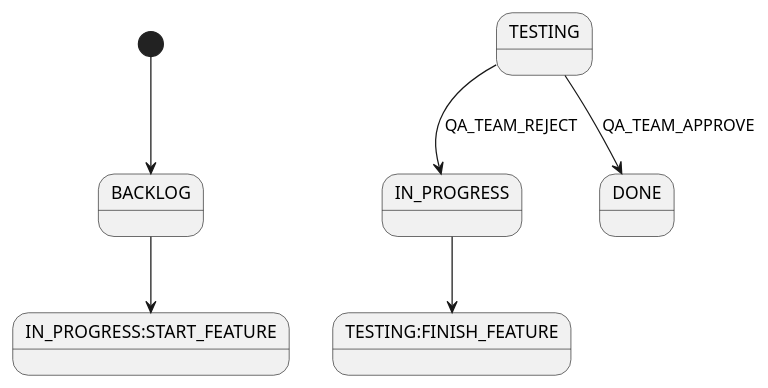
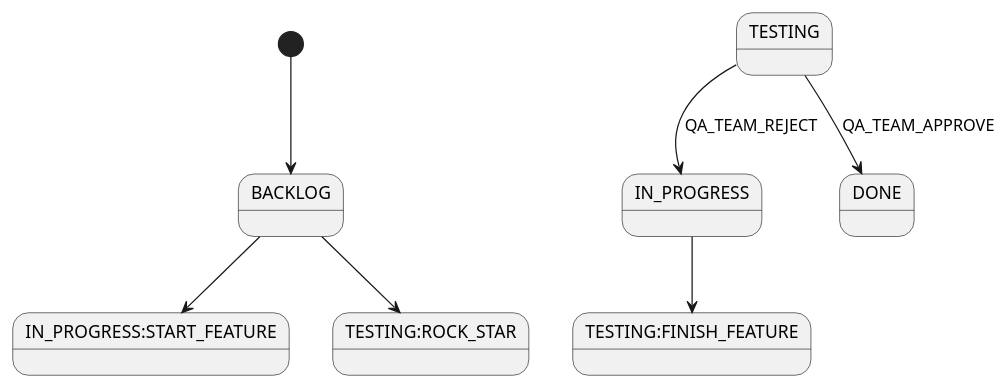
Before and after one commit to arlengur/StateMashine: the diagram in src/uml/graph.puml, drawn with PlantUML. The commit also changed 3 other files, not shown here.

```diff
--- a/src/uml/graph.puml
+++ b/src/uml/graph.puml
@@ -1,7 +1,8 @@
 @startuml
 [*] --> BACKLOG
 BACKLOG --> IN_PROGRESS:START_FEATURE
 IN_PROGRESS --> TESTING:FINISH_FEATURE
 TESTING --> DONE: QA_TEAM_APPROVE
 TESTING --> IN_PROGRESS: QA_TEAM_REJECT
+BACKLOG --> TESTING:ROCK_STAR
 @enduml
```
